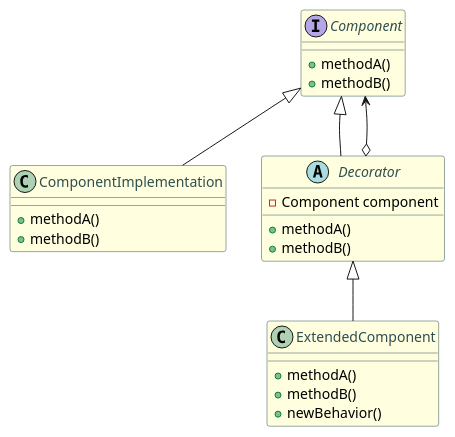
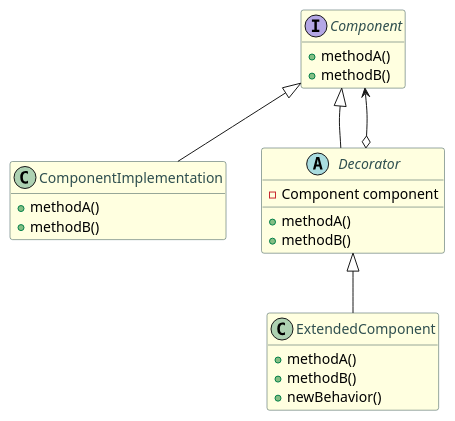
The diagram in uml/Decorator.puml (dominika-czycz/design-pattern-demo), drawn with PlantUML before and after one commit. The commit also changed 19 other files, not shown here.

```diff
--- a/uml/Decorator.puml
+++ b/uml/Decorator.puml
@@ -1,35 +1,38 @@
 @startuml
 interface Component {
   + methodA()
   + methodB()
 }
 
 class ComponentImplementation {
   + methodA()
   + methodB()
 }
 
 abstract class Decorator {
   - Component component
   + methodA()
   + methodB()
 }
 
 class ExtendedComponent {
   + methodA()
   + methodB()
   + newBehavior()
 }
 
 Component <|-- ComponentImplementation
 Component <|-- Decorator
 Decorator <|-- ExtendedComponent
 Decorator o--> Component
 
+hide empty fields
+hide empty methods
+
 skinparam class {
   BackgroundColor LightYellow
   BorderColor DarkSlateGray
   ArrowColor DarkSlateGray
   FontColor DarkSlateGray
 }
 @enduml
```
